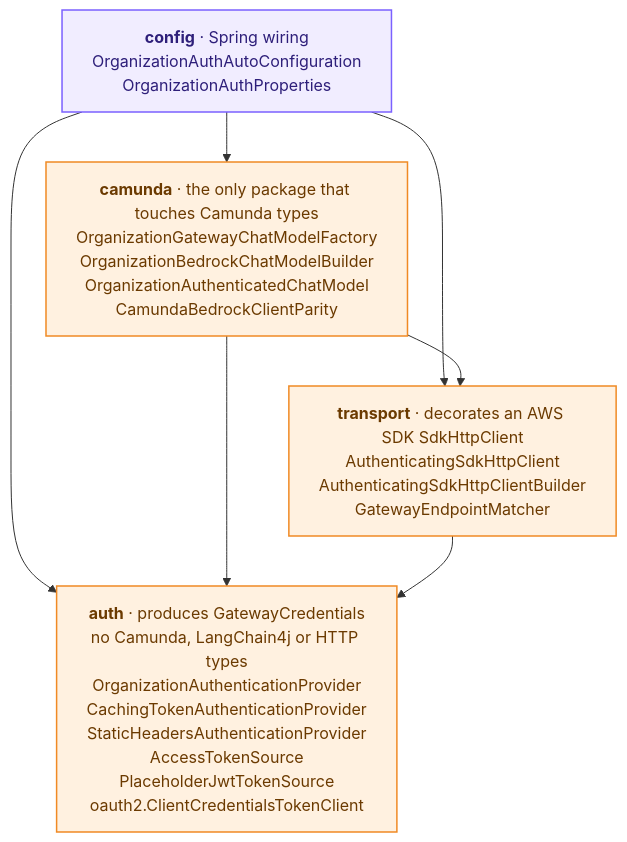
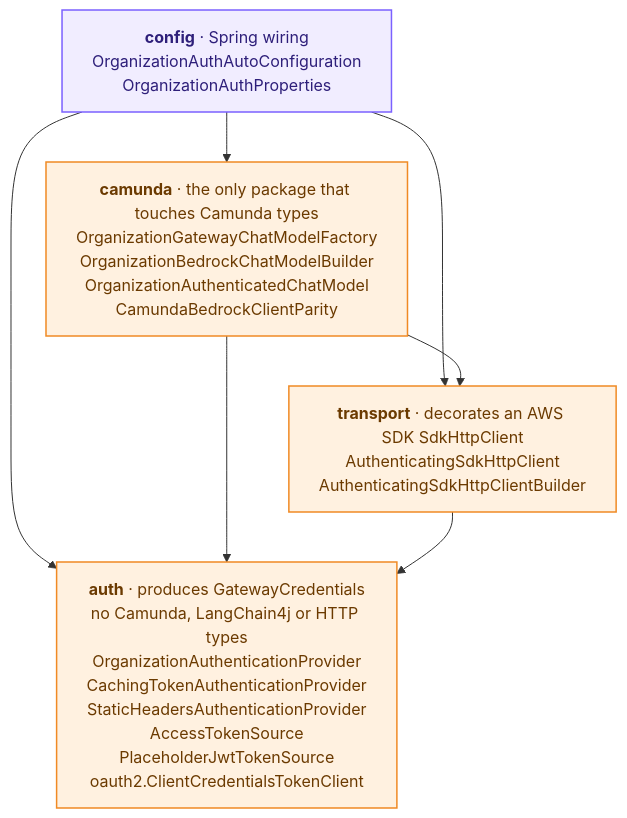
Before and after one commit to pranaykatariya/camunda-custom-bedrock-connector: the fourth of 5 diagrams in docs/ARCHITECTURE.md, drawn with Mermaid. The commit also changed other lines of this file and 25 other files, not shown here.

Commit message:
removed allowed list to pass any gateway endpoint

````diff
--- a/docs/ARCHITECTURE.md
+++ b/docs/ARCHITECTURE.md
@@ -189,19 +189,19 @@
 ```mermaid
 flowchart TB
     config["<b>config</b> · Spring wiring<br/>OrganizationAuthAutoConfiguration<br/>OrganizationAuthProperties"]
     camunda["<b>camunda</b> · the only package that touches Camunda types<br/>OrganizationGatewayChatModelFactory<br/>OrganizationBedrockChatModelBuilder<br/>OrganizationAuthenticatedChatModel<br/>CamundaBedrockClientParity"]
-    transport["<b>transport</b> · decorates an AWS SDK SdkHttpClient<br/>AuthenticatingSdkHttpClient<br/>AuthenticatingSdkHttpClientBuilder<br/>GatewayEndpointMatcher"]
+    transport["<b>transport</b> · decorates an AWS SDK SdkHttpClient<br/>AuthenticatingSdkHttpClient<br/>AuthenticatingSdkHttpClientBuilder"]
     auth["<b>auth</b> · produces GatewayCredentials<br/>no Camunda, LangChain4j or HTTP types<br/>OrganizationAuthenticationProvider<br/>CachingTokenAuthenticationProvider<br/>StaticHeadersAuthenticationProvider<br/>AccessTokenSource<br/>PlaceholderJwtTokenSource<br/>oauth2.ClientCredentialsTokenClient"]
 
     config --> camunda
     config --> transport
     config --> auth
     camunda --> transport
     camunda --> auth
     transport --> auth
 
     classDef ours fill:#FFF1E0,stroke:#F08A24,stroke-width:1.5px,color:#6B3A00
     classDef cfg fill:#F1EDFF,stroke:#7B61FF,stroke-width:1.5px,color:#2E1F7A
     class camunda,transport,auth ours
     class config cfg
 ```
````
